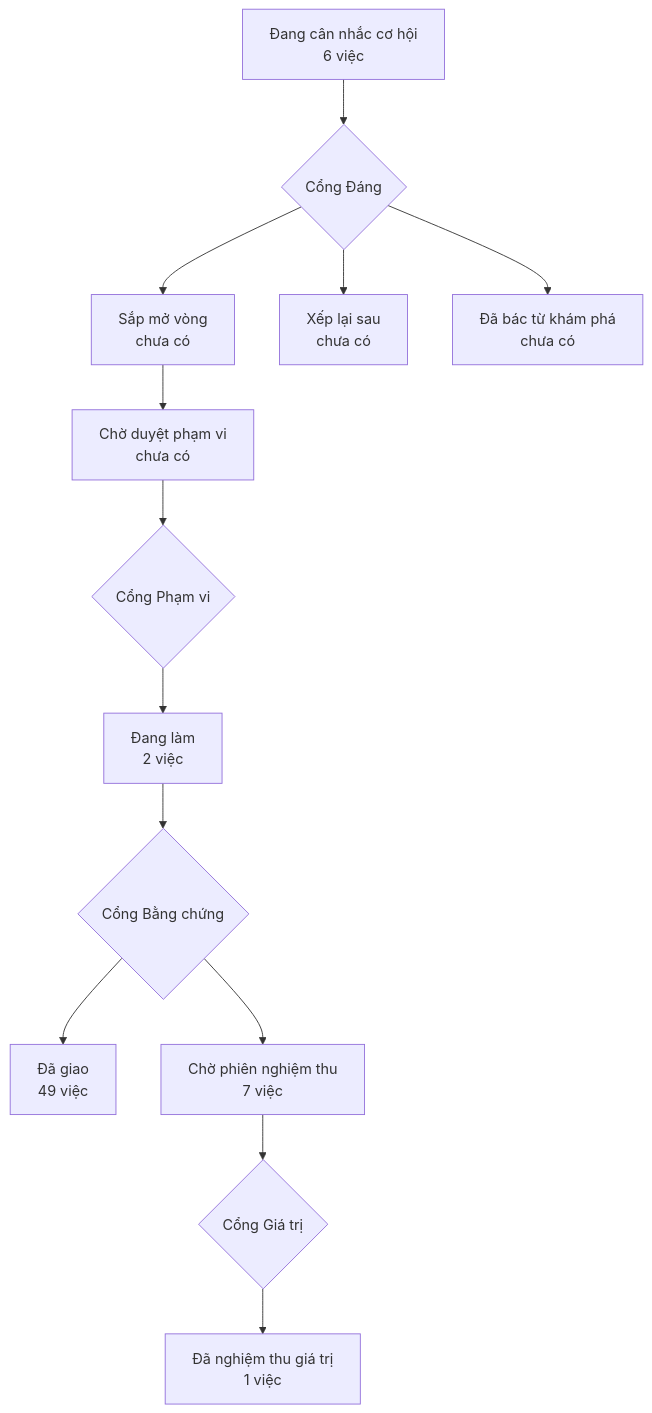
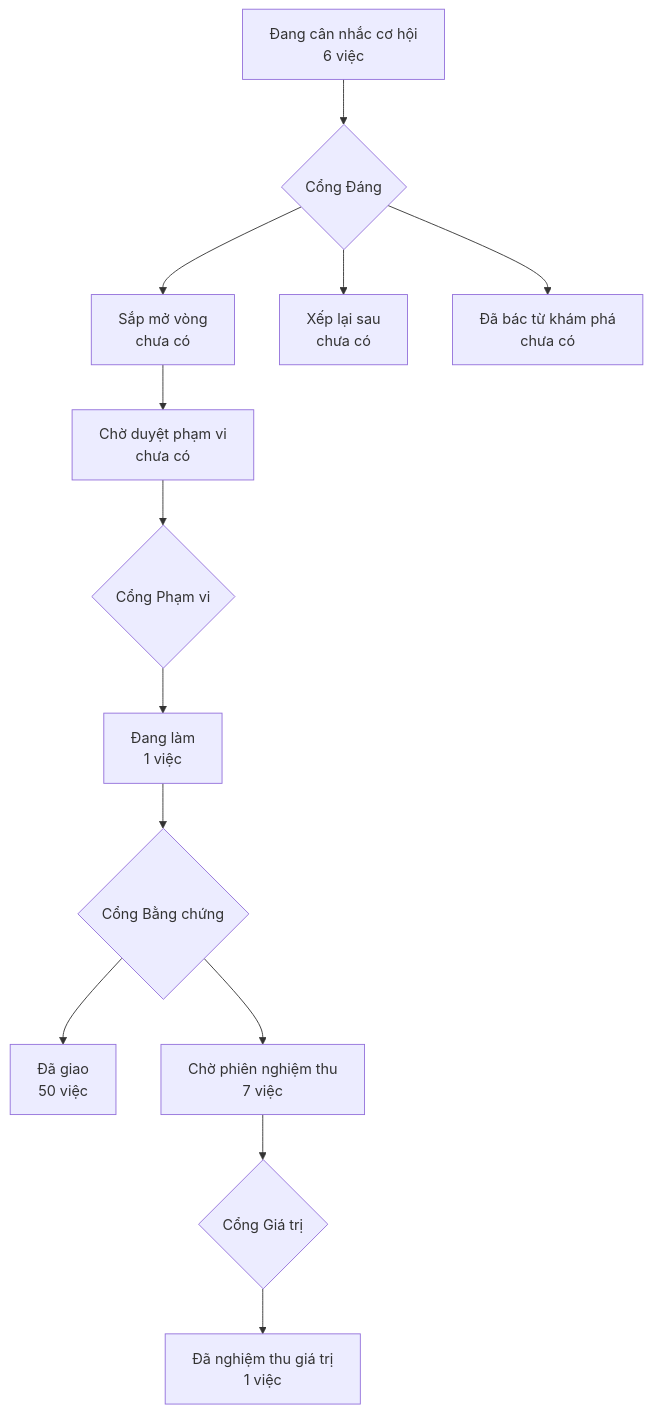
Before and after one commit to phanlemanh/crm-onehub: the diagram in PRODUCT-MAP.md, drawn with Mermaid. The commit also changed 3 other files, not shown here.

````diff
--- a/PRODUCT-MAP.md
+++ b/PRODUCT-MAP.md
@@ -6,12 +6,12 @@
 ```mermaid
 flowchart TD
   A["Đang cân nhắc cơ hội<br/>6 việc"] --> GD{"Cổng Đáng"}
   GD --> B["Sắp mở vòng<br/>chưa có"]
   GD --> XL["Xếp lại sau<br/>chưa có"]
   GD --> DB["Đã bác từ khám phá<br/>chưa có"]
   B --> CD["Chờ duyệt phạm vi<br/>chưa có"] --> GP{"Cổng Phạm vi"}
-  GP --> DL["Đang làm<br/>2 việc"] --> GB{"Cổng Bằng chứng"}
-  GB --> DG["Đã giao<br/>49 việc"]
+  GP --> DL["Đang làm<br/>1 việc"] --> GB{"Cổng Bằng chứng"}
+  GB --> DG["Đã giao<br/>50 việc"]
   GB --> CN["Chờ phiên nghiệm thu<br/>7 việc"] --> GG{"Cổng Giá trị"}
   GG --> NT["Đã nghiệm thu giá trị<br/>1 việc"]
 ```
````
